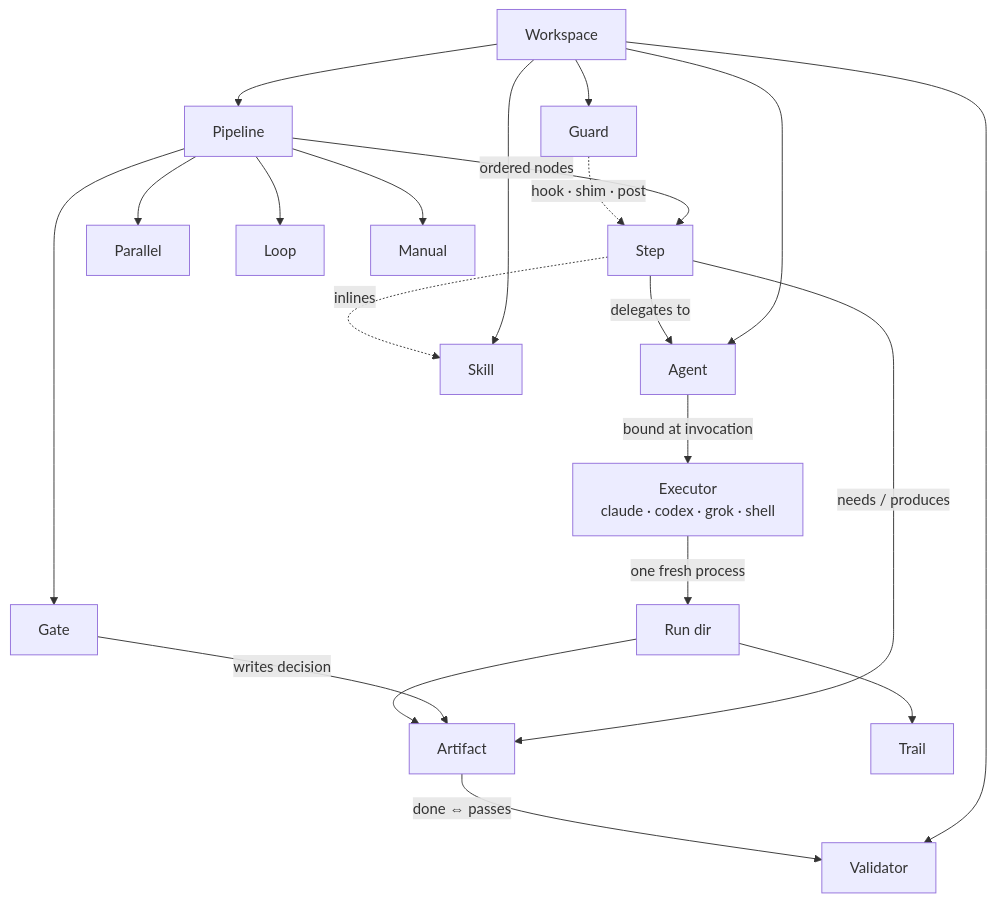
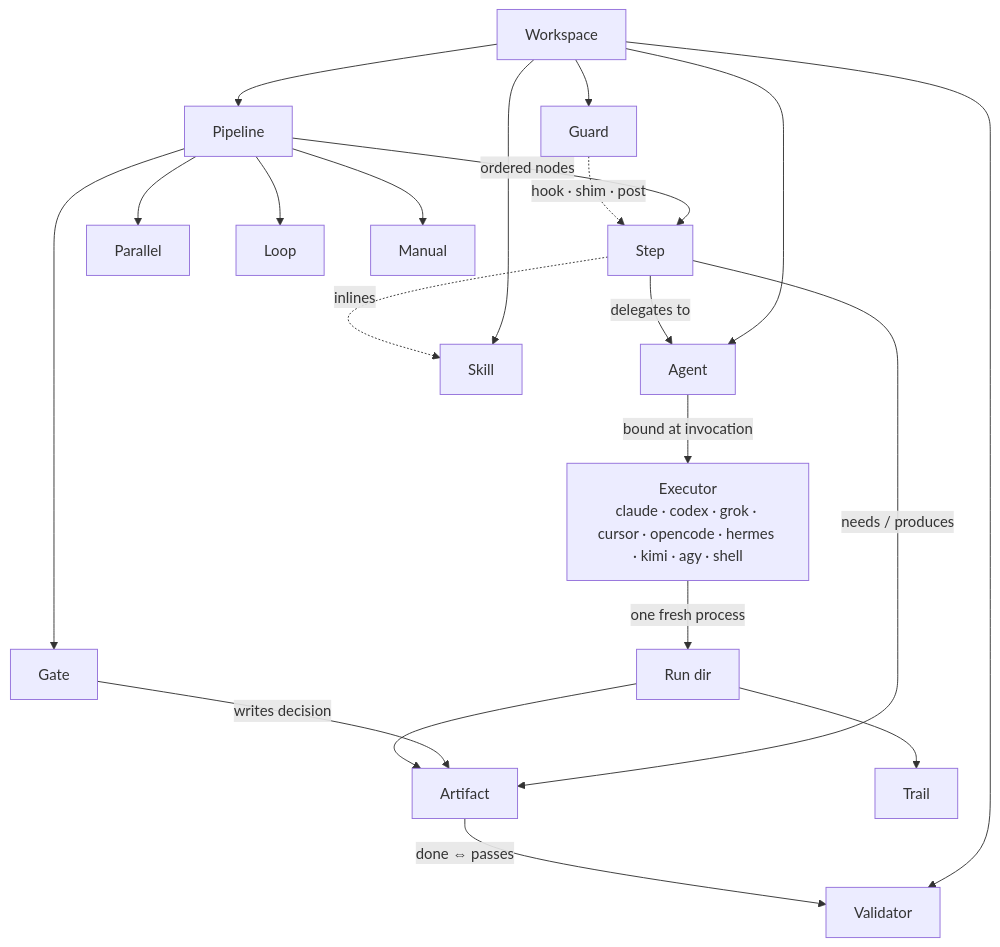
One commit to gabros20/cairn changed the diagram in docs/CONCEPTS.md. Above: the diagram before and after it, drawn with Mermaid. The commit also changed other lines of this file and 8 other files, not shown here.

First line of the commit message:
docs: ten-executor support surface — tables, diagrams, sandbox postures re-tensed

````diff
--- a/docs/CONCEPTS.md
+++ b/docs/CONCEPTS.md
@@ -12,29 +12,29 @@
 ```mermaid
 graph TD
   WS[Workspace]
 
   WS --> PIPE[Pipeline]
   WS --> AG[Agent]
   WS --> SK[Skill]
   WS --> VAL[Validator]
   WS --> GRD[Guard]
 
   PIPE -->|ordered nodes| STEP[Step]
   PIPE --> GATE[Gate]
   PIPE --> PAR[Parallel]
   PIPE --> LOOP[Loop]
   PIPE --> MAN[Manual]
 
   STEP -->|delegates to| AG
   STEP -.->|inlines| SK
   STEP -->|needs / produces| ART[Artifact]
-  AG -->|bound at invocation| EX["Executor<br/>claude · codex · grok · shell"]
+  AG -->|bound at invocation| EX["Executor<br/>claude · codex · grok · cursor · opencode · hermes · kimi · agy · shell"]
   GRD -.->|hook · shim · post| STEP
 
   ART -->|"done ⇔ passes"| VAL
   GATE -->|writes decision| ART
 
   EX -->|one fresh process| RUN[Run dir]
   RUN --> TRAIL[Trail]
   RUN --> ART
 ```
````
